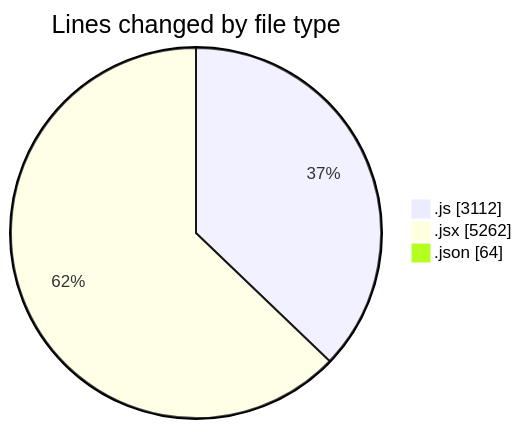
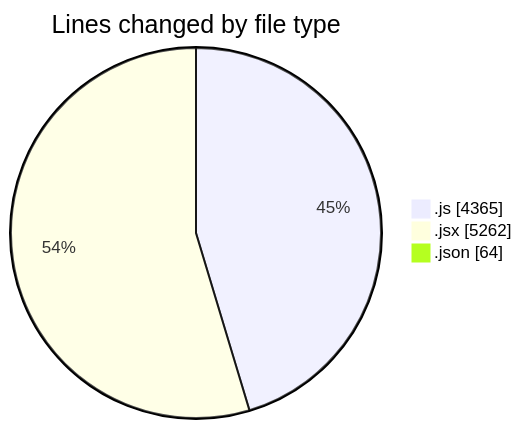
The first of 2 diagrams in 2025-08-07/nxtqube_webapp/README.md (nxtqubesakshisongat/code-tracking), drawn with Mermaid before and after one commit. The commit also changed other lines of this file and 1 other file, not shown here.

````diff
--- a/2025-08-07/nxtqube_webapp/README.md
+++ b/2025-08-07/nxtqube_webapp/README.md
@@ -25,7 +25,7 @@
 ```mermaid
 pie showData
 title Lines changed by file type
-".js" : 3112
+".js" : 4365
 ".jsx" : 5262
 ".json" : 64
 ```
````
